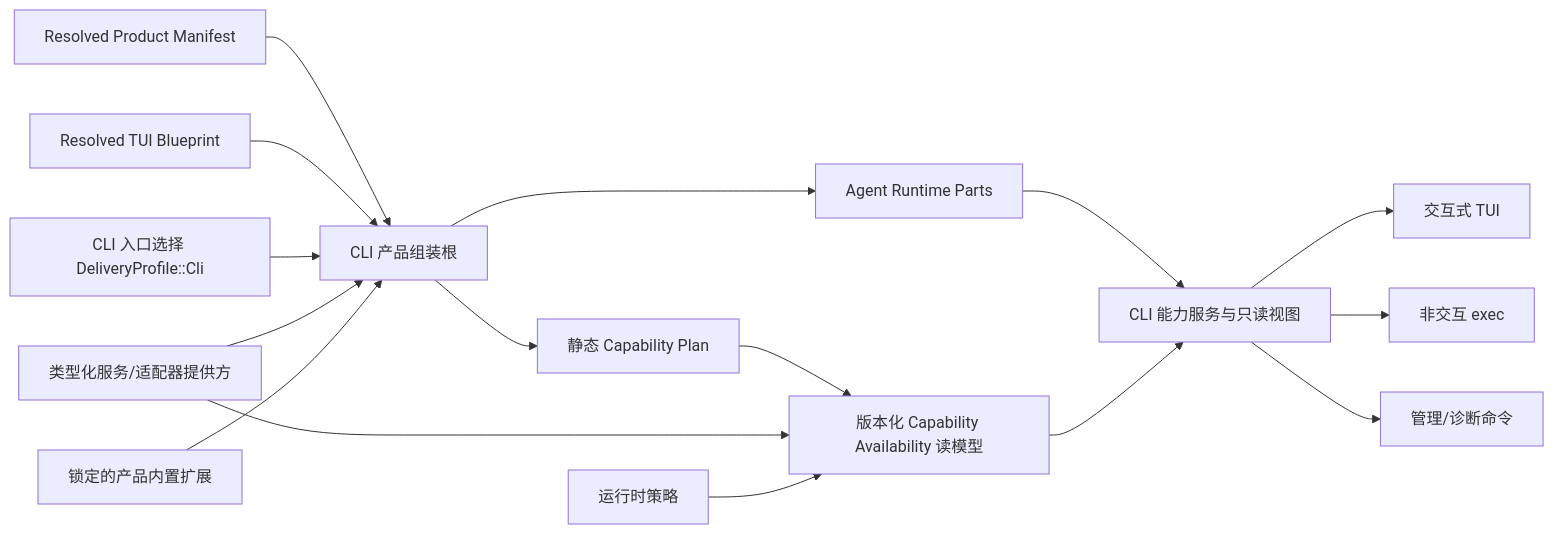
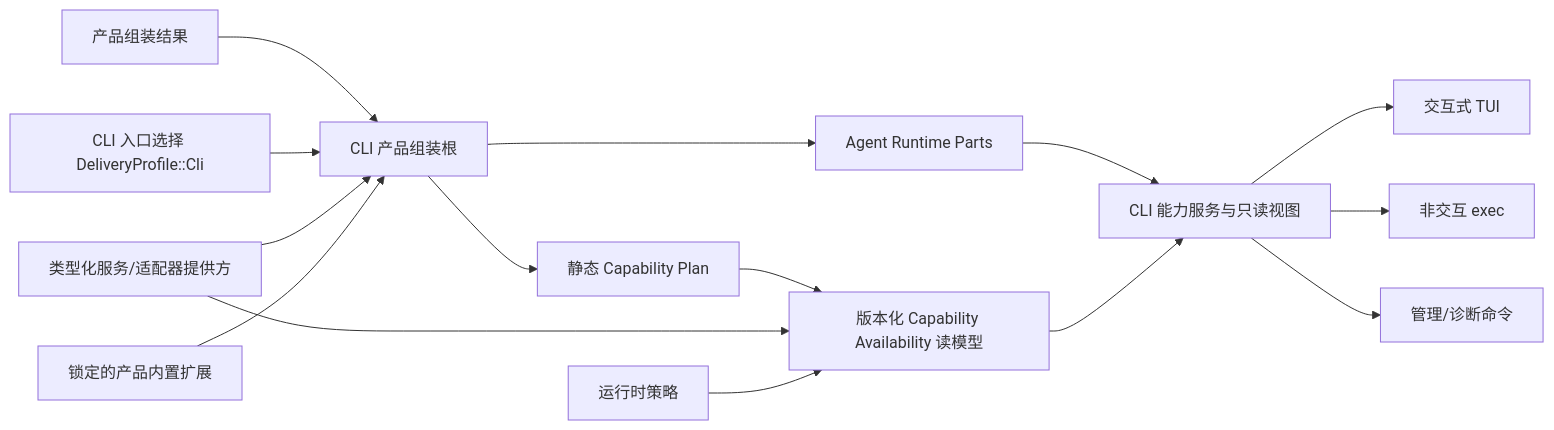
One commit to 1688mengdie/BitFun changed the diagram in docs/architecture/cli-product-line-design.md. Above: the diagram before and after it, drawn with Mermaid. The commit also changed other lines of this file and 16 other files, not shown here.

Commit message:
docs(architecture): redesign OpenCode extension compatibility

````diff
--- a/docs/architecture/cli-product-line-design.md
+++ b/docs/architecture/cli-product-line-design.md
@@ -229,18 +238,17 @@
 ```mermaid
 flowchart LR
-  Manifest["Resolved Product Manifest"] --> Assembly["CLI 产品组装根"]
-  Blueprint["Resolved TUI Blueprint"] --> Assembly
+  Result["产品组装结果"] --> Assembly["CLI 产品组装根"]
   Entry["CLI 入口选择 DeliveryProfile::Cli"] --> Assembly
   Assembly --> Plan["静态 Capability Plan"]
   Providers["类型化服务/适配器提供方"] --> Assembly
   Bundled["锁定的产品内置扩展"] --> Assembly
   Assembly --> Runtime["Agent Runtime Parts"]
   Plan --> Availability["版本化 Capability Availability 读模型"]
   Providers --> Availability
   Policy["运行时策略"] --> Availability
-  Runtime --> Projection["CLI 能力服务与只读视图"]
-  Availability --> Projection
-  Projection --> TUI["交互式 TUI"]
-  Projection --> Exec["非交互 exec"]
-  Projection --> Admin["管理/诊断命令"]
+  Runtime --> View["CLI 能力服务与只读视图"]
+  Availability --> View
+  View --> TUI["交互式 TUI"]
+  View --> Exec["非交互 exec"]
+  View --> Admin["管理/诊断命令"]
 ```
````
